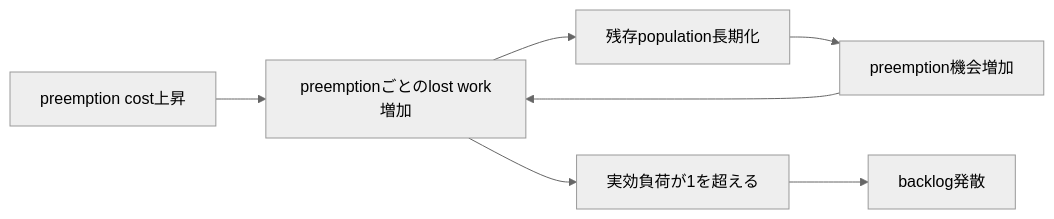
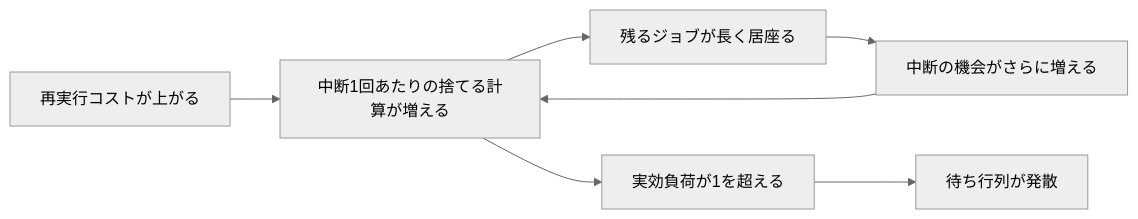
The second of 2 diagrams in content/ja/research/gpu-scheduling/index.md (kbmt327-dev/scientific-os-research), drawn with Mermaid (neutral theme) before and after one commit. The commit also changed other lines of this file and 45 other files, not shown here.

````diff
--- a/content/ja/research/gpu-scheduling/index.md
+++ b/content/ja/research/gpu-scheduling/index.md
@@ -126,9 +126,9 @@
 ```mermaid
 flowchart LR
-  A[preemption cost上昇] --> B[preemptionごとのlost work増加]
-  B --> C[残存population長期化]
-  C --> D[preemption機会増加]
+  A[再実行コストが上がる] --> B[中断1回あたりの捨てる計算が増える]
+  B --> C[残るジョブが長く居座る]
+  C --> D[中断の機会がさらに増える]
   D --> B
   B --> E[実効負荷が1を超える]
-  E --> F[backlog発散]
+  E --> F[待ち行列が発散]
 ```
````
